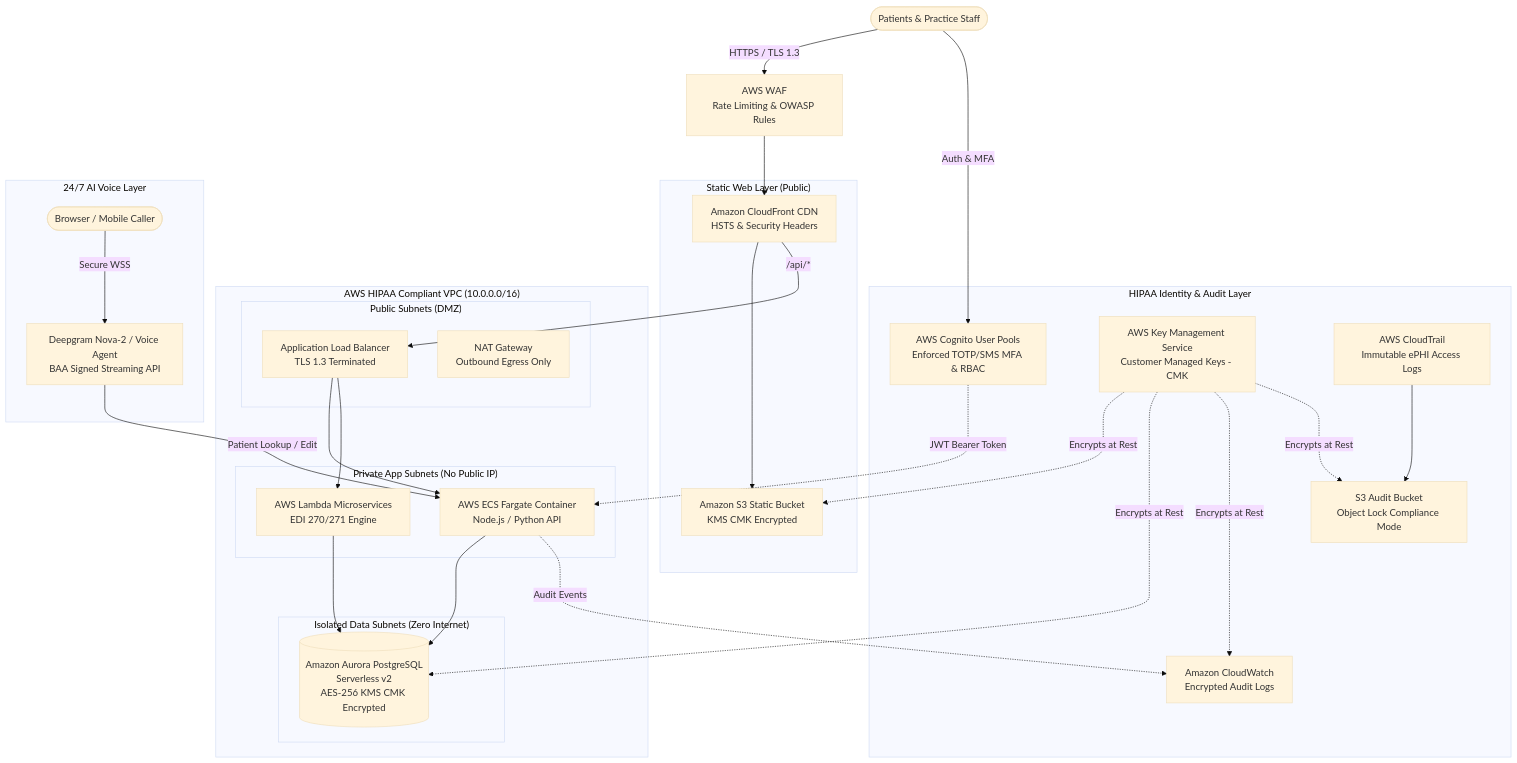
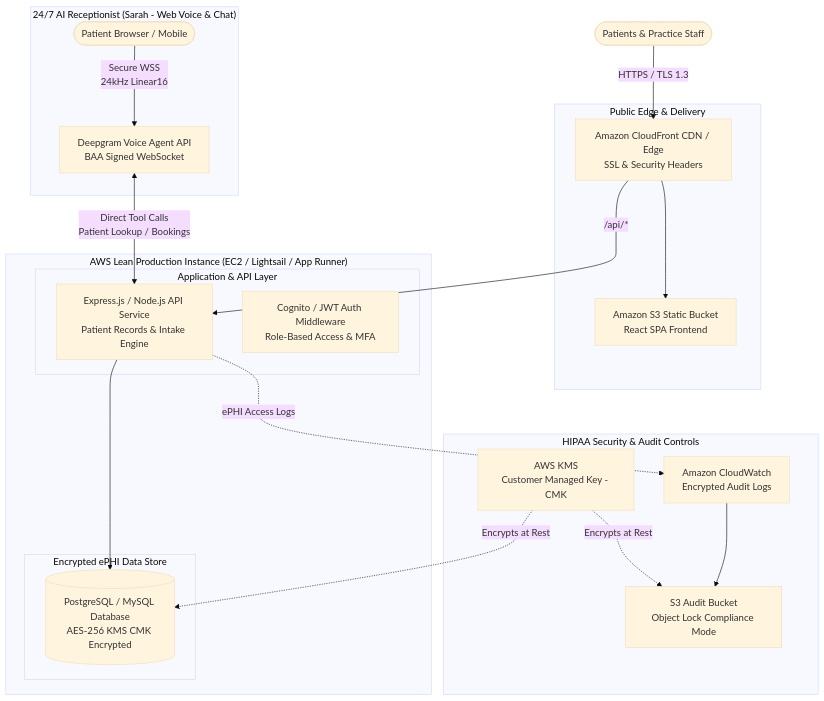
The diagram in AWS_HIPAA_MINIMAL_STACK.md (DataBuks11/allright-dental), drawn with Mermaid (base theme) before and after one commit. The commit also changed other lines of this file, not shown here.

Commit message:
docs: update minimal HIPAA stack architecture blueprint to lean starter edition

````diff
--- a/AWS_HIPAA_MINIMAL_STACK.md
+++ b/AWS_HIPAA_MINIMAL_STACK.md
@@ -19,53 +24,37 @@
 ```mermaid
 flowchart TD
-    User([Patients & Practice Staff]) -->|HTTPS / TLS 1.3| WAF[AWS WAF\nRate Limiting & OWASP Rules]
-    WAF --> CF[Amazon CloudFront CDN\nHSTS & Security Headers]
+    User([Patients & Practice Staff]) -->|HTTPS / TLS 1.3| CF[Amazon CloudFront CDN / Edge\nSSL & Security Headers]
     
-    subgraph Frontend["Static Web Layer (Public)"]
-        CF --> S3_Web[Amazon S3 Static Bucket\nKMS CMK Encrypted]
+    subgraph EdgeSecurity["Public Edge & Delivery"]
+        CF --> S3_Web[Amazon S3 Static Bucket\nReact SPA Frontend]
     end
 
-    subgraph VPC["AWS HIPAA Compliant VPC (10.0.0.0/16)"]
-        subgraph PublicSubnets["Public Subnets (DMZ)"]
-            ALB[Application Load Balancer\nTLS 1.3 Terminated]
-            NAT[NAT Gateway\nOutbound Egress Only]
+    subgraph AWS_Instance["AWS Lean Production Instance (EC2 / Lightsail / App Runner)"]
+        subgraph AppService["Application & API Layer"]
+            API[Express.js / Node.js API Service\nPatient Records & Intake Engine]
+            Auth[Cognito / JWT Auth Middleware\nRole-Based Access & MFA]
         end
 
-        subgraph PrivateSubnets["Private App Subnets (No Public IP)"]
-            ECS[AWS ECS Fargate Container\nNode.js / Python API]
-            Lambda[AWS Lambda Microservices\nEDI 270/271 Engine]
-        end
-
-        subgraph IsolatedSubnets["Isolated Data Subnets (Zero Internet)"]
-            Aurora[(Amazon Aurora PostgreSQL\nServerless v2\nAES-256 KMS CMK Encrypted)]
+        subgraph LocalData["Encrypted ePHI Data Store"]
+            DB[(PostgreSQL / MySQL Database\nAES-256 KMS CMK Encrypted)]
         end
     end
 
-    CF -->|/api/*| ALB
-    ALB --> ECS
-    ALB --> Lambda
-    ECS --> Aurora
-    Lambda --> Aurora
-
-    subgraph SecurityAuth["HIPAA Identity & Audit Layer"]
-        Cognito[AWS Cognito User Pools\nEnforced TOTP/SMS MFA & RBAC]
-        KMS[AWS Key Management Service\nCustomer Managed Keys - CMK]
-        CloudTrail[AWS CloudTrail\nImmutable ePHI Access Logs]
+    subgraph CloudSecurity["HIPAA Security & Audit Controls"]
+        KMS[AWS KMS\nCustomer Managed Key - CMK]
         CloudWatch[Amazon CloudWatch\nEncrypted Audit Logs]
         S3_Audit[S3 Audit Bucket\nObject Lock Compliance Mode]
     end
 
-    User -->|Auth & MFA| Cognito
-    Cognito -.->|JWT Bearer Token| ECS
-    ECS -.->|Audit Events| CloudWatch
-    CloudTrail --> S3_Audit
-    KMS -.->|Encrypts at Rest| S3_Web
-    KMS -.->|Encrypts at Rest| Aurora
-    KMS -.->|Encrypts at Rest| CloudWatch
+    subgraph WebAI["24/7 AI Receptionist (Sarah - Web Voice & Chat)"]
+        BrowserClient([Patient Browser / Mobile]) -->|Secure WSS\n24kHz Linear16| DeepgramAgent[Deepgram Voice Agent API\nBAA Signed WebSocket]
+        DeepgramAgent <-->|Direct Tool Calls\nPatient Lookup / Bookings| API
+    end
+
+    CF -->|/api/*| API
+    API --> DB
+    KMS -.->|Encrypts at Rest| DB
     KMS -.->|Encrypts at Rest| S3_Audit
-
-    subgraph VoiceAI["24/7 AI Voice Layer"]
-        VoiceClient([Browser / Mobile Caller]) -->|Secure WSS| Deepgram[Deepgram Nova-2 / Voice Agent\nBAA Signed Streaming API]
-        Deepgram -->|Patient Lookup / Edit| ECS
-    end
+    API -.->|ePHI Access Logs| CloudWatch
+    CloudWatch --> S3_Audit
 ```
````
